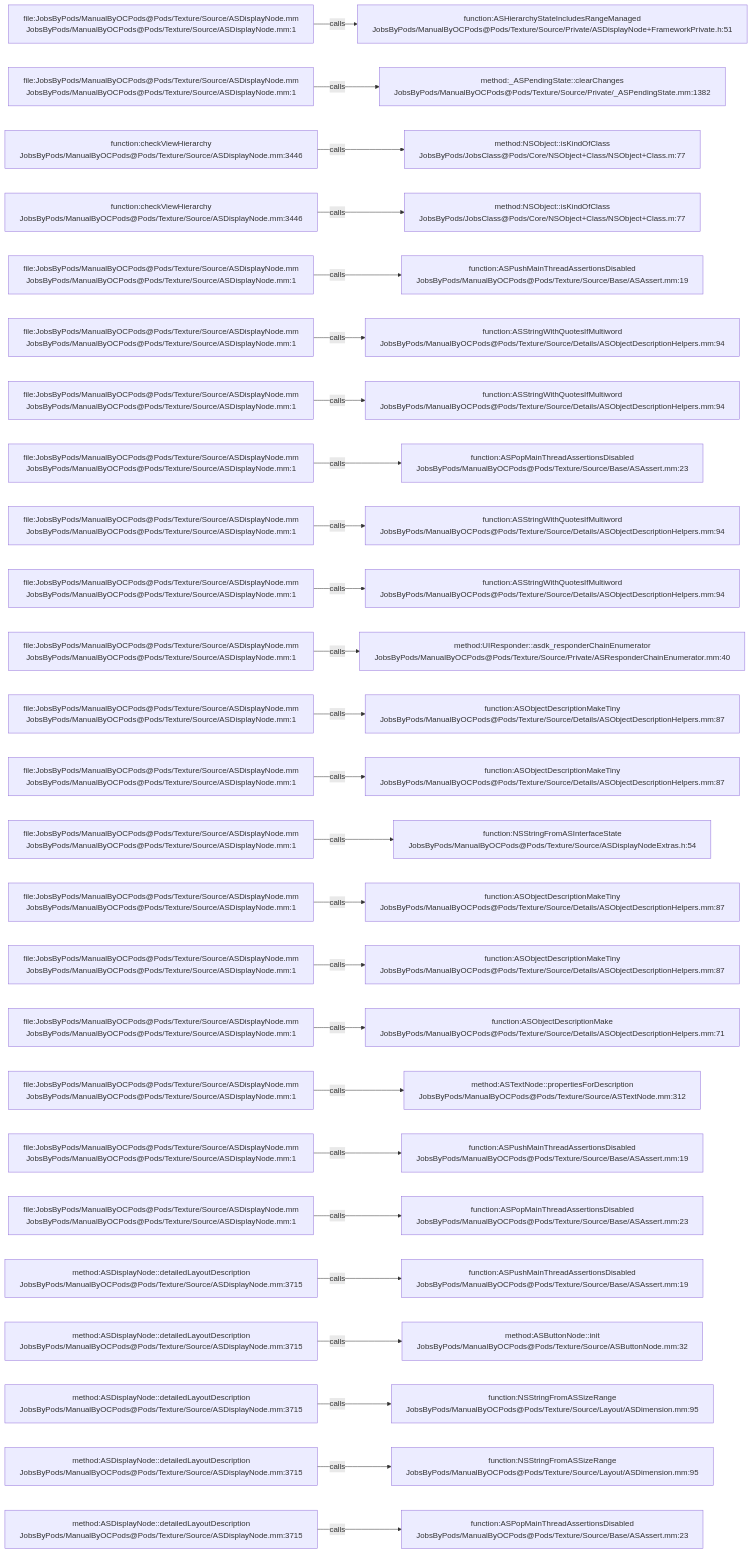
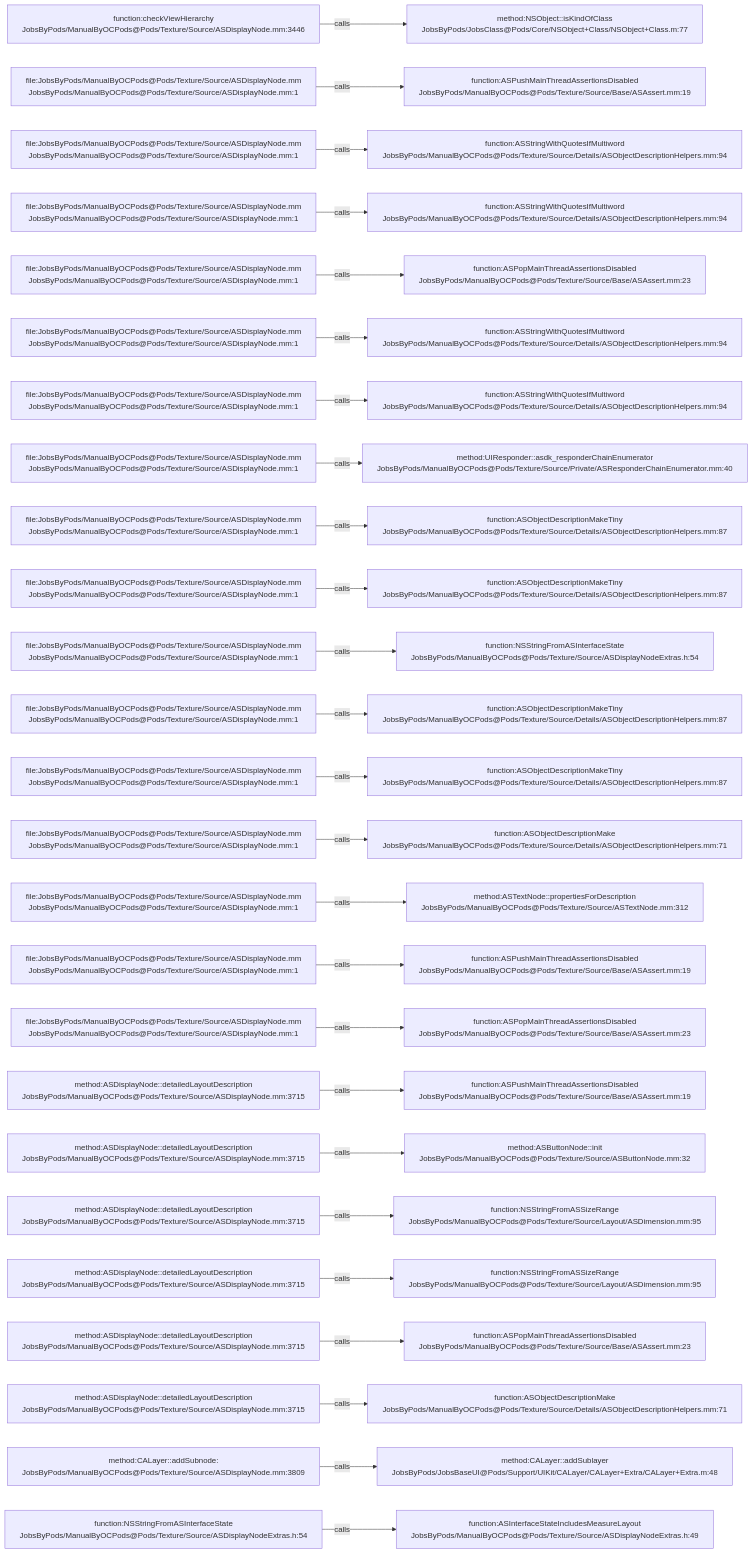
The diagram in .codegraph/codegraph.md/graphs/calls-106.md (JobsKits/JobsOCBaseConfigDemo), drawn with Mermaid before and after one commit. The commit also changed 342 other files, not shown here.

````diff
--- a/.codegraph/codegraph.md/graphs/calls-106.md
+++ b/.codegraph/codegraph.md/graphs/calls-106.md
@@ -13,78 +13,78 @@
 ```mermaid
 flowchart LR
-  S1["file:JobsByPods/ManualByOCPods@Pods/Texture/Source/ASDisplayNode.mm<br/>JobsByPods/ManualByOCPods@Pods/Texture/Source/ASDisplayNode.mm:1"]
-  T1["function:ASHierarchyStateIncludesRangeManaged<br/>JobsByPods/ManualByOCPods@Pods/Texture/Source/Private/ASDisplayNode+FrameworkPrivate.h:51"]
+  S1["function:checkViewHierarchy<br/>JobsByPods/ManualByOCPods@Pods/Texture/Source/ASDisplayNode.mm:3446"]
+  T1["method:NSObject::isKindOfClass<br/>JobsByPods/JobsClass@Pods/Core/NSObject+Class/NSObject+Class.m:77"]
   S1 -->|calls| T1
   S2["file:JobsByPods/ManualByOCPods@Pods/Texture/Source/ASDisplayNode.mm<br/>JobsByPods/ManualByOCPods@Pods/Texture/Source/ASDisplayNode.mm:1"]
-  T2["method:_ASPendingState::clearChanges<br/>JobsByPods/ManualByOCPods@Pods/Texture/Source/Private/_ASPendingState.mm:1382"]
+  T2["function:ASPushMainThreadAssertionsDisabled<br/>JobsByPods/ManualByOCPods@Pods/Texture/Source/Base/ASAssert.mm:19"]
   S2 -->|calls| T2
-  S3["function:checkViewHierarchy<br/>JobsByPods/ManualByOCPods@Pods/Texture/Source/ASDisplayNode.mm:3446"]
-  T3["method:NSObject::isKindOfClass<br/>JobsByPods/JobsClass@Pods/Core/NSObject+Class/NSObject+Class.m:77"]
+  S3["file:JobsByPods/ManualByOCPods@Pods/Texture/Source/ASDisplayNode.mm<br/>JobsByPods/ManualByOCPods@Pods/Texture/Source/ASDisplayNode.mm:1"]
+  T3["function:ASStringWithQuotesIfMultiword<br/>JobsByPods/ManualByOCPods@Pods/Texture/Source/Details/ASObjectDescriptionHelpers.mm:94"]
   S3 -->|calls| T3
-  S4["function:checkViewHierarchy<br/>JobsByPods/ManualByOCPods@Pods/Texture/Source/ASDisplayNode.mm:3446"]
-  T4["method:NSObject::isKindOfClass<br/>JobsByPods/JobsClass@Pods/Core/NSObject+Class/NSObject+Class.m:77"]
+  S4["file:JobsByPods/ManualByOCPods@Pods/Texture/Source/ASDisplayNode.mm<br/>JobsByPods/ManualByOCPods@Pods/Texture/Source/ASDisplayNode.mm:1"]
+  T4["function:ASStringWithQuotesIfMultiword<br/>JobsByPods/ManualByOCPods@Pods/Texture/Source/Details/ASObjectDescriptionHelpers.mm:94"]
   S4 -->|calls| T4
   S5["file:JobsByPods/ManualByOCPods@Pods/Texture/Source/ASDisplayNode.mm<br/>JobsByPods/ManualByOCPods@Pods/Texture/Source/ASDisplayNode.mm:1"]
-  T5["function:ASPushMainThreadAssertionsDisabled<br/>JobsByPods/ManualByOCPods@Pods/Texture/Source/Base/ASAssert.mm:19"]
+  T5["function:ASPopMainThreadAssertionsDisabled<br/>JobsByPods/ManualByOCPods@Pods/Texture/Source/Base/ASAssert.mm:23"]
   S5 -->|calls| T5
   S6["file:JobsByPods/ManualByOCPods@Pods/Texture/Source/ASDisplayNode.mm<br/>JobsByPods/ManualByOCPods@Pods/Texture/Source/ASDisplayNode.mm:1"]
   T6["function:ASStringWithQuotesIfMultiword<br/>JobsByPods/ManualByOCPods@Pods/Texture/Source/Details/ASObjectDescriptionHelpers.mm:94"]
   S6 -->|calls| T6
   S7["file:JobsByPods/ManualByOCPods@Pods/Texture/Source/ASDisplayNode.mm<br/>JobsByPods/ManualByOCPods@Pods/Texture/Source/ASDisplayNode.mm:1"]
   T7["function:ASStringWithQuotesIfMultiword<br/>JobsByPods/ManualByOCPods@Pods/Texture/Source/Details/ASObjectDescriptionHelpers.mm:94"]
   S7 -->|calls| T7
   S8["file:JobsByPods/ManualByOCPods@Pods/Texture/Source/ASDisplayNode.mm<br/>JobsByPods/ManualByOCPods@Pods/Texture/Source/ASDisplayNode.mm:1"]
-  T8["function:ASPopMainThreadAssertionsDisabled<br/>JobsByPods/ManualByOCPods@Pods/Texture/Source/Base/ASAssert.mm:23"]
+  T8["method:UIResponder::asdk_responderChainEnumerator<br/>JobsByPods/ManualByOCPods@Pods/Texture/Source/Private/ASResponderChainEnumerator.mm:40"]
   S8 -->|calls| T8
   S9["file:JobsByPods/ManualByOCPods@Pods/Texture/Source/ASDisplayNode.mm<br/>JobsByPods/ManualByOCPods@Pods/Texture/Source/ASDisplayNode.mm:1"]
-  T9["function:ASStringWithQuotesIfMultiword<br/>JobsByPods/ManualByOCPods@Pods/Texture/Source/Details/ASObjectDescriptionHelpers.mm:94"]
+  T9["function:ASObjectDescriptionMakeTiny<br/>JobsByPods/ManualByOCPods@Pods/Texture/Source/Details/ASObjectDescriptionHelpers.mm:87"]
   S9 -->|calls| T9
   S10["file:JobsByPods/ManualByOCPods@Pods/Texture/Source/ASDisplayNode.mm<br/>JobsByPods/ManualByOCPods@Pods/Texture/Source/ASDisplayNode.mm:1"]
-  T10["function:ASStringWithQuotesIfMultiword<br/>JobsByPods/ManualByOCPods@Pods/Texture/Source/Details/ASObjectDescriptionHelpers.mm:94"]
+  T10["function:ASObjectDescriptionMakeTiny<br/>JobsByPods/ManualByOCPods@Pods/Texture/Source/Details/ASObjectDescriptionHelpers.mm:87"]
   S10 -->|calls| T10
   S11["file:JobsByPods/ManualByOCPods@Pods/Texture/Source/ASDisplayNode.mm<br/>JobsByPods/ManualByOCPods@Pods/Texture/Source/ASDisplayNode.mm:1"]
-  T11["method:UIResponder::asdk_responderChainEnumerator<br/>JobsByPods/ManualByOCPods@Pods/Texture/Source/Private/ASResponderChainEnumerator.mm:40"]
+  T11["function:NSStringFromASInterfaceState<br/>JobsByPods/ManualByOCPods@Pods/Texture/Source/ASDisplayNodeExtras.h:54"]
   S11 -->|calls| T11
   S12["file:JobsByPods/ManualByOCPods@Pods/Texture/Source/ASDisplayNode.mm<br/>JobsByPods/ManualByOCPods@Pods/Texture/Source/ASDisplayNode.mm:1"]
   T12["function:ASObjectDescriptionMakeTiny<br/>JobsByPods/ManualByOCPods@Pods/Texture/Source/Details/ASObjectDescriptionHelpers.mm:87"]
   S12 -->|calls| T12
   S13["file:JobsByPods/ManualByOCPods@Pods/Texture/Source/ASDisplayNode.mm<br/>JobsByPods/ManualByOCPods@Pods/Texture/Source/ASDisplayNode.mm:1"]
   T13["function:ASObjectDescriptionMakeTiny<br/>JobsByPods/ManualByOCPods@Pods/Texture/Source/Details/ASObjectDescriptionHelpers.mm:87"]
   S13 -->|calls| T13
   S14["file:JobsByPods/ManualByOCPods@Pods/Texture/Source/ASDisplayNode.mm<br/>JobsByPods/ManualByOCPods@Pods/Texture/Source/ASDisplayNode.mm:1"]
-  T14["function:NSStringFromASInterfaceState<br/>JobsByPods/ManualByOCPods@Pods/Texture/Source/ASDisplayNodeExtras.h:54"]
+  T14["function:ASObjectDescriptionMake<br/>JobsByPods/ManualByOCPods@Pods/Texture/Source/Details/ASObjectDescriptionHelpers.mm:71"]
   S14 -->|calls| T14
   S15["file:JobsByPods/ManualByOCPods@Pods/Texture/Source/ASDisplayNode.mm<br/>JobsByPods/ManualByOCPods@Pods/Texture/Source/ASDisplayNode.mm:1"]
-  T15["function:ASObjectDescriptionMakeTiny<br/>JobsByPods/ManualByOCPods@Pods/Texture/Source/Details/ASObjectDescriptionHelpers.mm:87"]
+  T15["method:ASTextNode::propertiesForDescription<br/>JobsByPods/ManualByOCPods@Pods/Texture/Source/ASTextNode.mm:312"]
   S15 -->|calls| T15
   S16["file:JobsByPods/ManualByOCPods@Pods/Texture/Source/ASDisplayNode.mm<br/>JobsByPods/ManualByOCPods@Pods/Texture/Source/ASDisplayNode.mm:1"]
-  T16["function:ASObjectDescriptionMakeTiny<br/>JobsByPods/ManualByOCPods@Pods/Texture/Source/Details/ASObjectDescriptionHelpers.mm:87"]
+  T16["function:ASPushMainThreadAssertionsDisabled<br/>JobsByPods/ManualByOCPods@Pods/Texture/Source/Base/ASAssert.mm:19"]
   S16 -->|calls| T16
   S17["file:JobsByPods/ManualByOCPods@Pods/Texture/Source/ASDisplayNode.mm<br/>JobsByPods/ManualByOCPods@Pods/Texture/Source/ASDisplayNode.mm:1"]
-  T17["function:ASObjectDescriptionMake<br/>JobsByPods/ManualByOCPods@Pods/Texture/Source/Details/ASObjectDescriptionHelpers.mm:71"]
+  T17["function:ASPopMainThreadAssertionsDisabled<br/>JobsByPods/ManualByOCPods@Pods/Texture/Source/Base/ASAssert.mm:23"]
   S17 -->|calls| T17
-  S18["file:JobsByPods/ManualByOCPods@Pods/Texture/Source/ASDisplayNode.mm<br/>JobsByPods/ManualByOCPods@Pods/Texture/Source/ASDisplayNode.mm:1"]
-  T18["method:ASTextNode::propertiesForDescription<br/>JobsByPods/ManualByOCPods@Pods/Texture/Source/ASTextNode.mm:312"]
+  S18["method:ASDisplayNode::detailedLayoutDescription<br/>JobsByPods/ManualByOCPods@Pods/Texture/Source/ASDisplayNode.mm:3715"]
+  T18["function:ASPushMainThreadAssertionsDisabled<br/>JobsByPods/ManualByOCPods@Pods/Texture/Source/Base/ASAssert.mm:19"]
   S18 -->|calls| T18
-  S19["file:JobsByPods/ManualByOCPods@Pods/Texture/Source/ASDisplayNode.mm<br/>JobsByPods/ManualByOCPods@Pods/Texture/Source/ASDisplayNode.mm:1"]
-  T19["function:ASPushMainThreadAssertionsDisabled<br/>JobsByPods/ManualByOCPods@Pods/Texture/Source/Base/ASAssert.mm:19"]
+  S19["method:ASDisplayNode::detailedLayoutDescription<br/>JobsByPods/ManualByOCPods@Pods/Texture/Source/ASDisplayNode.mm:3715"]
+  T19["method:ASButtonNode::init<br/>JobsByPods/ManualByOCPods@Pods/Texture/Source/ASButtonNode.mm:32"]
   S19 -->|calls| T19
-  S20["file:JobsByPods/ManualByOCPods@Pods/Texture/Source/ASDisplayNode.mm<br/>JobsByPods/ManualByOCPods@Pods/Texture/Source/ASDisplayNode.mm:1"]
-  T20["function:ASPopMainThreadAssertionsDisabled<br/>JobsByPods/ManualByOCPods@Pods/Texture/Source/Base/ASAssert.mm:23"]
+  S20["method:ASDisplayNode::detailedLayoutDescription<br/>JobsByPods/ManualByOCPods@Pods/Texture/Source/ASDisplayNode.mm:3715"]
+  T20["function:NSStringFromASSizeRange<br/>JobsByPods/ManualByOCPods@Pods/Texture/Source/Layout/ASDimension.mm:95"]
   S20 -->|calls| T20
   S21["method:ASDisplayNode::detailedLayoutDescription<br/>JobsByPods/ManualByOCPods@Pods/Texture/Source/ASDisplayNode.mm:3715"]
-  T21["function:ASPushMainThreadAssertionsDisabled<br/>JobsByPods/ManualByOCPods@Pods/Texture/Source/Base/ASAssert.mm:19"]
+  T21["function:NSStringFromASSizeRange<br/>JobsByPods/ManualByOCPods@Pods/Texture/Source/Layout/ASDimension.mm:95"]
   S21 -->|calls| T21
   S22["method:ASDisplayNode::detailedLayoutDescription<br/>JobsByPods/ManualByOCPods@Pods/Texture/Source/ASDisplayNode.mm:3715"]
-  T22["method:ASButtonNode::init<br/>JobsByPods/ManualByOCPods@Pods/Texture/Source/ASButtonNode.mm:32"]
+  T22["function:ASPopMainThreadAssertionsDisabled<br/>JobsByPods/ManualByOCPods@Pods/Texture/Source/Base/ASAssert.mm:23"]
   S22 -->|calls| T22
   S23["method:ASDisplayNode::detailedLayoutDescription<br/>JobsByPods/ManualByOCPods@Pods/Texture/Source/ASDisplayNode.mm:3715"]
-  T23["function:NSStringFromASSizeRange<br/>JobsByPods/ManualByOCPods@Pods/Texture/Source/Layout/ASDimension.mm:95"]
+  T23["function:ASObjectDescriptionMake<br/>JobsByPods/ManualByOCPods@Pods/Texture/Source/Details/ASObjectDescriptionHelpers.mm:71"]
   S23 -->|calls| T23
-  S24["method:ASDisplayNode::detailedLayoutDescription<br/>JobsByPods/ManualByOCPods@Pods/Texture/Source/ASDisplayNode.mm:3715"]
-  T24["function:NSStringFromASSizeRange<br/>JobsByPods/ManualByOCPods@Pods/Texture/Source/Layout/ASDimension.mm:95"]
+  S24["method:CALayer::addSubnode:<br/>JobsByPods/ManualByOCPods@Pods/Texture/Source/ASDisplayNode.mm:3809"]
+  T24["method:CALayer::addSublayer<br/>JobsByPods/JobsBaseUI@Pods/Support/UIKit/CALayer/CALayer+Extra/CALayer+Extra.m:48"]
   S24 -->|calls| T24
-  S25["method:ASDisplayNode::detailedLayoutDescription<br/>JobsByPods/ManualByOCPods@Pods/Texture/Source/ASDisplayNode.mm:3715"]
-  T25["function:ASPopMainThreadAssertionsDisabled<br/>JobsByPods/ManualByOCPods@Pods/Texture/Source/Base/ASAssert.mm:23"]
+  S25["function:NSStringFromASInterfaceState<br/>JobsByPods/ManualByOCPods@Pods/Texture/Source/ASDisplayNodeExtras.h:54"]
+  T25["function:ASInterfaceStateIncludesMeasureLayout<br/>JobsByPods/ManualByOCPods@Pods/Texture/Source/ASDisplayNodeExtras.h:49"]
   S25 -->|calls| T25
 ```
````
